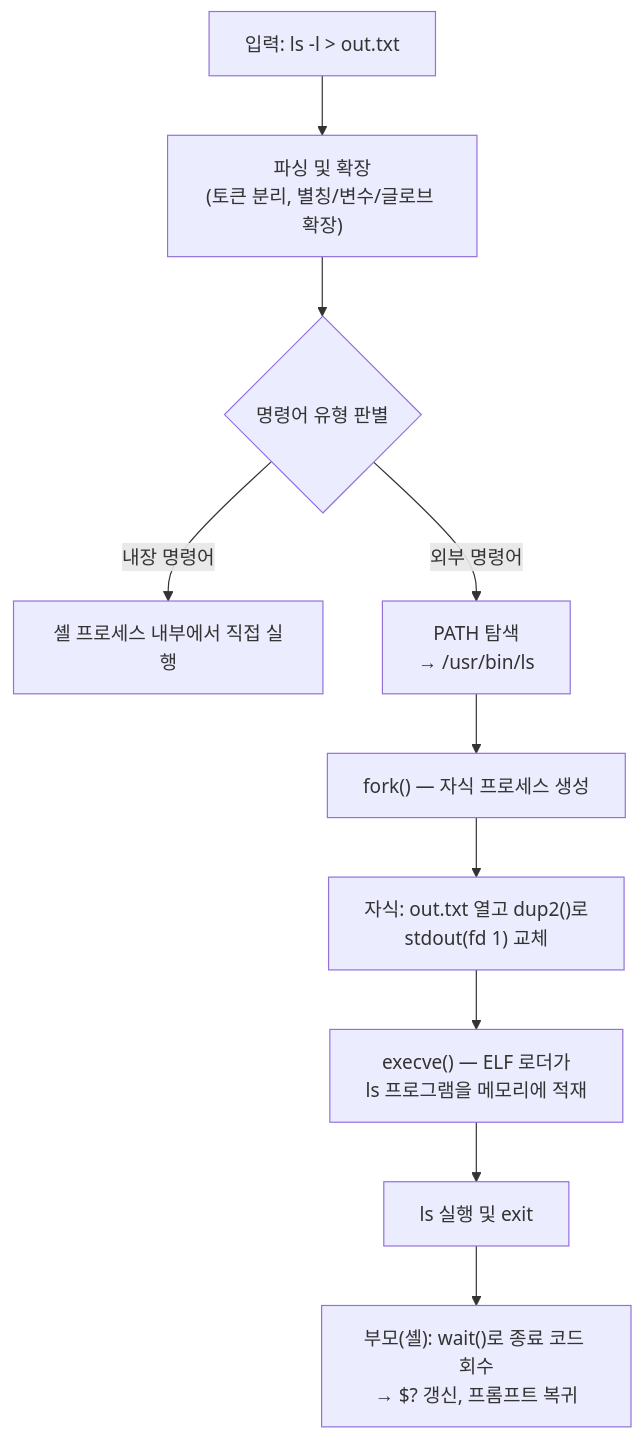
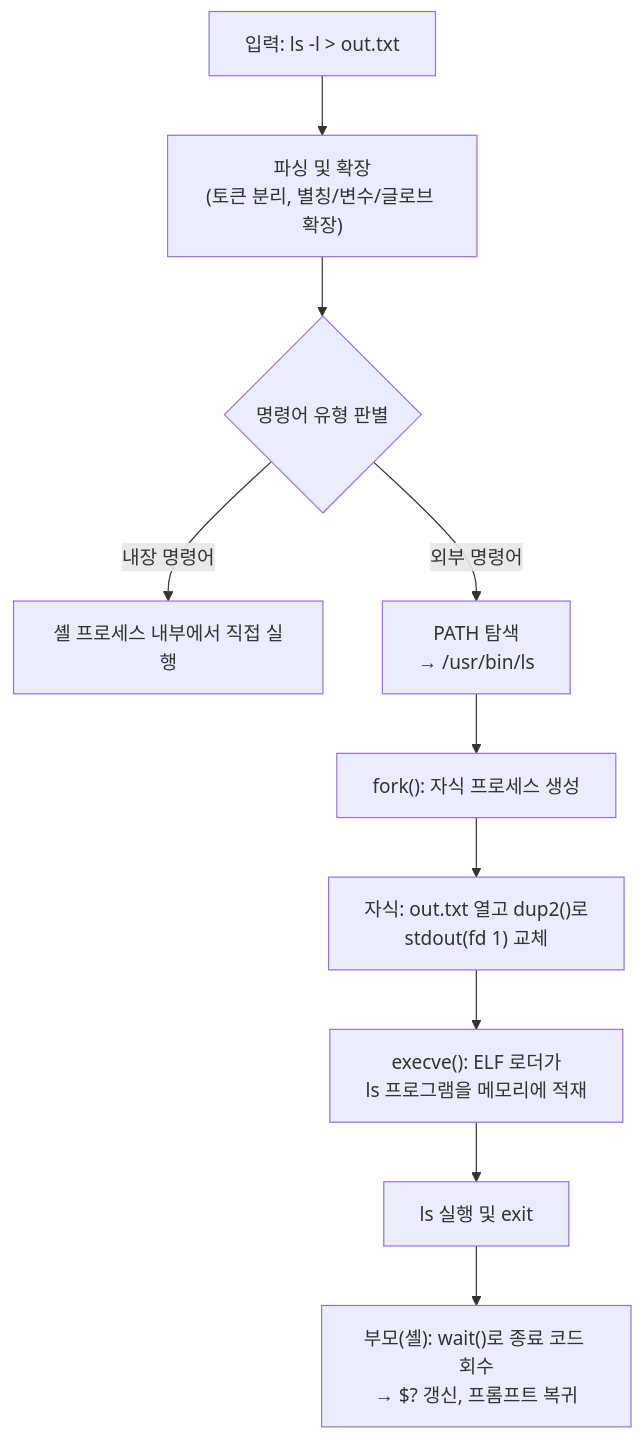
Before and after one commit to RHUK2/blog: the second of 2 diagrams in public/markdown/linux_command_execution/index.md, drawn with Mermaid. The commit also changed other lines of this file and 15 other files, not shown here.

````diff
--- a/public/markdown/linux_command_execution/index.md
+++ b/public/markdown/linux_command_execution/index.md
@@ -296,12 +296,12 @@
 ```mermaid
 flowchart TD
   A["입력: ls -l > out.txt"] --> B["파싱 및 확장<br/>(토큰 분리, 별칭/변수/글로브 확장)"]
   B --> C{명령어 유형 판별}
   C -->|"내장 명령어"| D[셸 프로세스 내부에서 직접 실행]
   C -->|"외부 명령어"| E["PATH 탐색<br/>→ /usr/bin/ls"]
-  E --> F["fork() — 자식 프로세스 생성"]
+  E --> F["fork(): 자식 프로세스 생성"]
   F --> G["자식: out.txt 열고 dup2()로<br/>stdout(fd 1) 교체"]
-  G --> H["execve() — ELF 로더가<br/>ls 프로그램을 메모리에 적재"]
+  G --> H["execve(): ELF 로더가<br/>ls 프로그램을 메모리에 적재"]
   H --> I[ls 실행 및 exit]
   I --> J["부모(셸): wait()로 종료 코드 회수<br/>→ $? 갱신, 프롬프트 복귀"]
 ```
````
